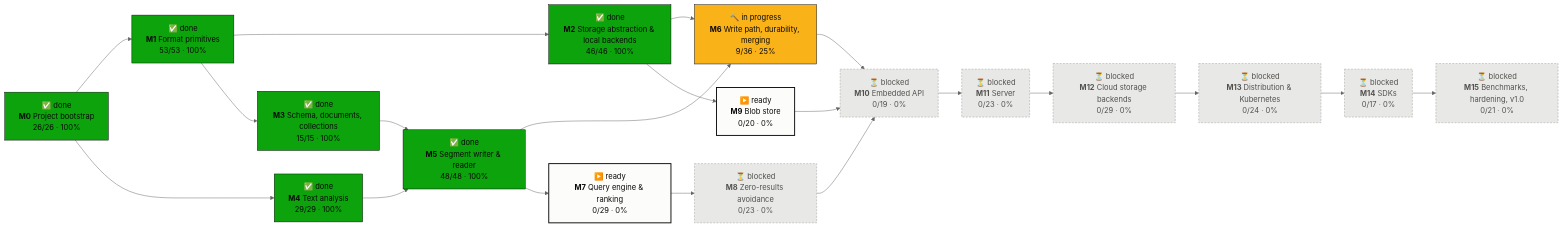
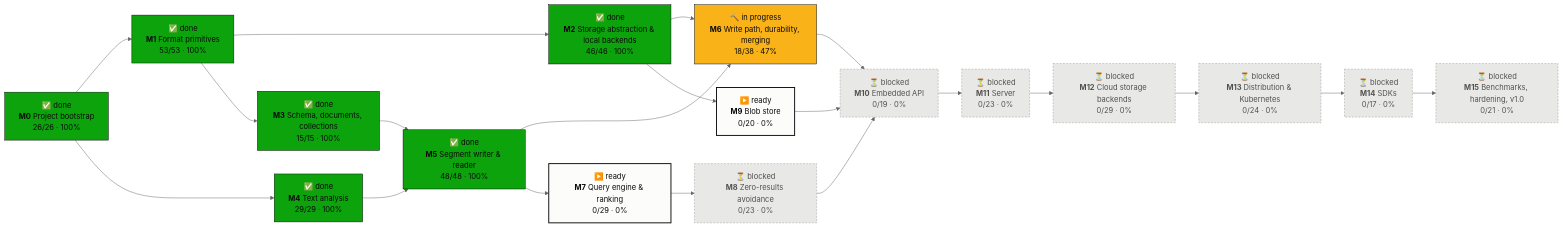
Before and after one commit to tomiok/persiaDB: the first of 2 diagrams in PROGRESS.md, drawn with Mermaid (neutral theme). The commit also changed other lines of this file and 35 other files, not shown here.

First line of the commit message:
Flush, commit, snapshots, auto-commit and open checks (ROADMAP 6.3.1–6.3.9) (#39)

````diff
--- a/PROGRESS.md
+++ b/PROGRESS.md
@@ -16,42 +16,42 @@
 ```mermaid
 flowchart LR
   M0["✅ done<br/><b>M0</b> Project bootstrap<br/>26/26 · 100%"]:::done
   M1["✅ done<br/><b>M1</b> Format primitives<br/>53/53 · 100%"]:::done
   M2["✅ done<br/><b>M2</b> Storage abstraction & local backends<br/>46/46 · 100%"]:::done
   M3["✅ done<br/><b>M3</b> Schema, documents, collections<br/>15/15 · 100%"]:::done
   M4["✅ done<br/><b>M4</b> Text analysis<br/>29/29 · 100%"]:::done
   M5["✅ done<br/><b>M5</b> Segment writer & reader<br/>48/48 · 100%"]:::done
-  M6["🔨 in progress<br/><b>M6</b> Write path, durability, merging<br/>9/36 · 25%"]:::doing
+  M6["🔨 in progress<br/><b>M6</b> Write path, durability, merging<br/>18/38 · 47%"]:::doing
   M7["▶️ ready<br/><b>M7</b> Query engine & ranking<br/>0/29 · 0%"]:::ready
   M8["⏳ blocked<br/><b>M8</b> Zero-results avoidance<br/>0/23 · 0%"]:::blocked
   M9["▶️ ready<br/><b>M9</b> Blob store<br/>0/20 · 0%"]:::ready
   M10["⏳ blocked<br/><b>M10</b> Embedded API<br/>0/19 · 0%"]:::blocked
   M11["⏳ blocked<br/><b>M11</b> Server<br/>0/23 · 0%"]:::blocked
   M12["⏳ blocked<br/><b>M12</b> Cloud storage backends<br/>0/29 · 0%"]:::blocked
   M13["⏳ blocked<br/><b>M13</b> Distribution & Kubernetes<br/>0/24 · 0%"]:::blocked
   M14["⏳ blocked<br/><b>M14</b> SDKs<br/>0/17 · 0%"]:::blocked
   M15["⏳ blocked<br/><b>M15</b> Benchmarks, hardening, v1.0<br/>0/21 · 0%"]:::blocked
   M0 --> M1
   M1 --> M2
   M1 --> M3
   M0 --> M4
   M3 --> M5
   M4 --> M5
   M2 --> M6
   M5 --> M6
   M5 --> M7
   M7 --> M8
   M2 --> M9
   M6 --> M10
   M8 --> M10
   M9 --> M10
   M10 --> M11
   M11 --> M12
   M12 --> M13
   M13 --> M14
   M14 --> M15
   classDef done fill:#0ca30c,stroke:#0b0b0b,color:#0b0b0b
   classDef doing fill:#fab219,stroke:#0b0b0b,color:#0b0b0b
   classDef ready fill:#fcfcfb,stroke:#0b0b0b,stroke-width:2px,color:#0b0b0b
   classDef blocked fill:#e8e8e6,stroke:#9a9a96,stroke-dasharray:4 3,color:#52514e
 ```
````
